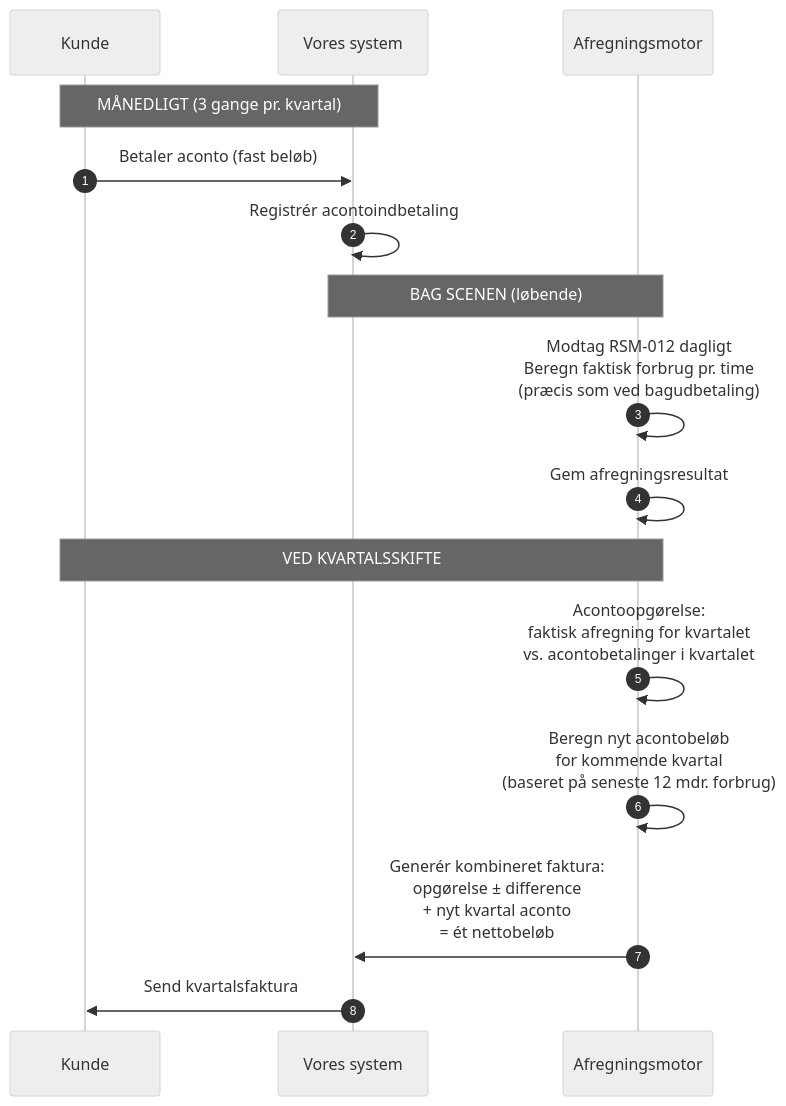
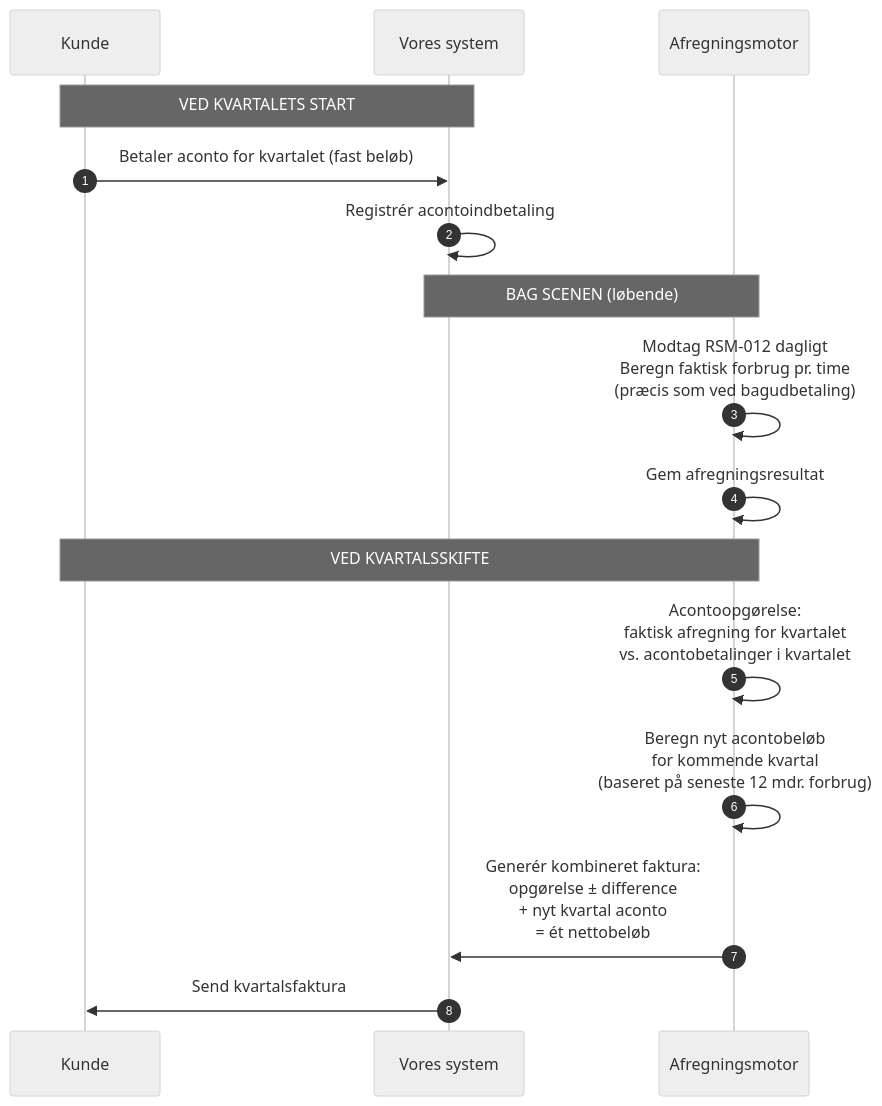
The diagram in docs/datahub3-product-and-billing.md (kloppnr1/Wattzon), drawn with Mermaid (neutral theme) before and after one commit. The commit also changed other lines of this file, not shown here.

First line of the commit message:
Fix aconto frequency: payment and settlement happen at same frequency

````diff
--- a/docs/datahub3-product-and-billing.md
+++ b/docs/datahub3-product-and-billing.md
@@ -295,23 +289,23 @@
 ```mermaid
 sequenceDiagram
     autonumber
     participant K as Kunde
     participant V as Vores system
     participant S as Afregningsmotor
 
-    Note over K,V: MÅNEDLIGT (3 gange pr. kvartal)
-    K->>V: Betaler aconto (fast beløb)
+    Note over K,V: VED KVARTALETS START
+    K->>V: Betaler aconto for kvartalet (fast beløb)
     V->>V: Registrér acontoindbetaling
 
     Note over V,S: BAG SCENEN (løbende)
     S->>S: Modtag RSM-012 dagligt<br/>Beregn faktisk forbrug pr. time<br/>(præcis som ved bagudbetaling)
     S->>S: Gem afregningsresultat
 
     Note over K,S: VED KVARTALSSKIFTE
     S->>S: Acontoopgørelse:<br/>faktisk afregning for kvartalet<br/>vs. acontobetalinger i kvartalet
     S->>S: Beregn nyt acontobeløb<br/>for kommende kvartal<br/>(baseret på seneste 12 mdr. forbrug)
 
     S->>V: Generér kombineret faktura:<br/>opgørelse ± difference<br/>+ nyt kvartal aconto<br/>= ét nettobeløb
 
     V->>K: Send kvartalsfaktura
 ```
````
